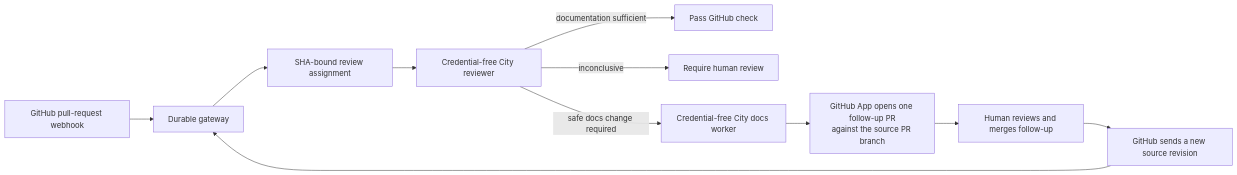
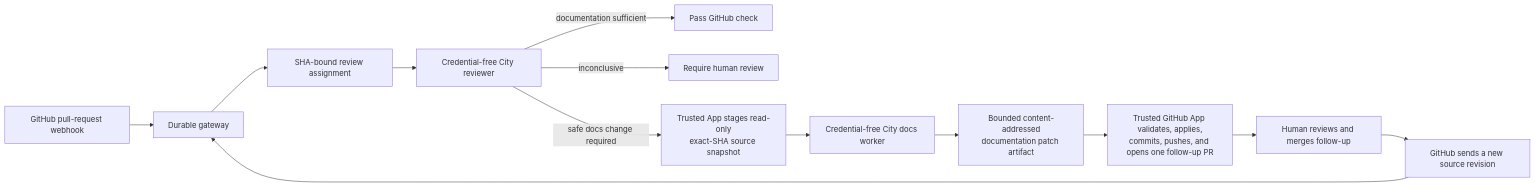
Before and after one commit to allenday/gascity-compose: the second of 3 diagrams in docs/github-docs-impact-architecture.md, drawn with Mermaid. The commit also changed other lines of this file and 5 other files, not shown here.

````diff
--- a/docs/github-docs-impact-architecture.md
+++ b/docs/github-docs-impact-architecture.md
@@ -51,14 +51,16 @@
 ```mermaid
 flowchart LR
   PR[GitHub pull-request webhook] --> GW[Durable gateway]
   GW --> AR[SHA-bound review assignment]
   AR --> RV[Credential-free City reviewer]
 
   RV -->|documentation sufficient| PASS[Pass GitHub check]
   RV -->|inconclusive| HUMAN[Require human review]
-  RV -->|safe docs change required| DW[Credential-free City docs worker]
-  DW --> BOT[GitHub App opens one follow-up PR\nagainst the source PR branch]
+  RV -->|safe docs change required| SS[Trusted App stages read-only\nexact-SHA source snapshot]
+  SS --> DW[Credential-free City docs worker]
+  DW --> PA[Bounded content-addressed\ndocumentation patch artifact]
+  PA --> BOT[Trusted GitHub App validates, applies,\ncommits, pushes, and opens one follow-up PR]
   BOT --> MERGE[Human reviews and merges follow-up]
   MERGE --> RECHECK[GitHub sends a new source revision]
   RECHECK --> GW
 ```
````
